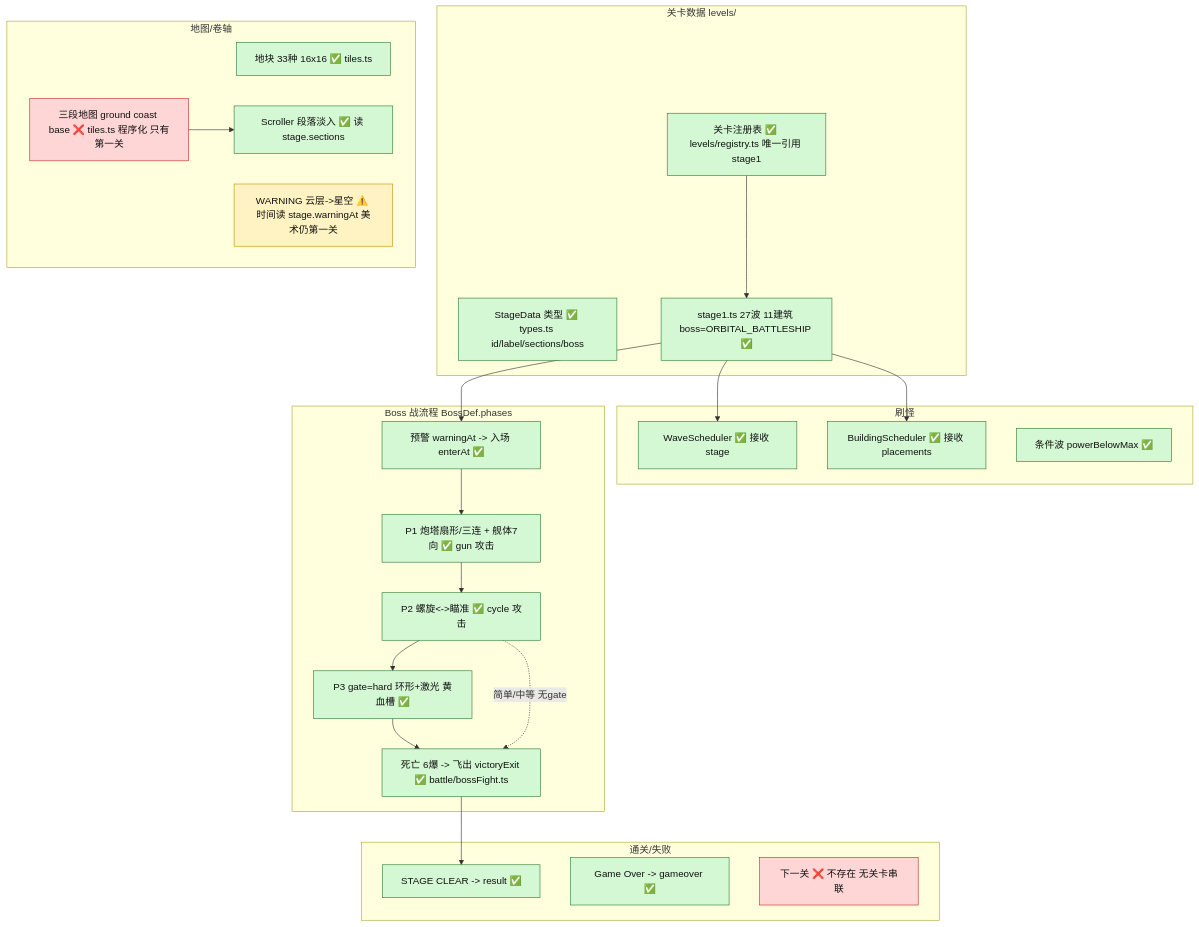
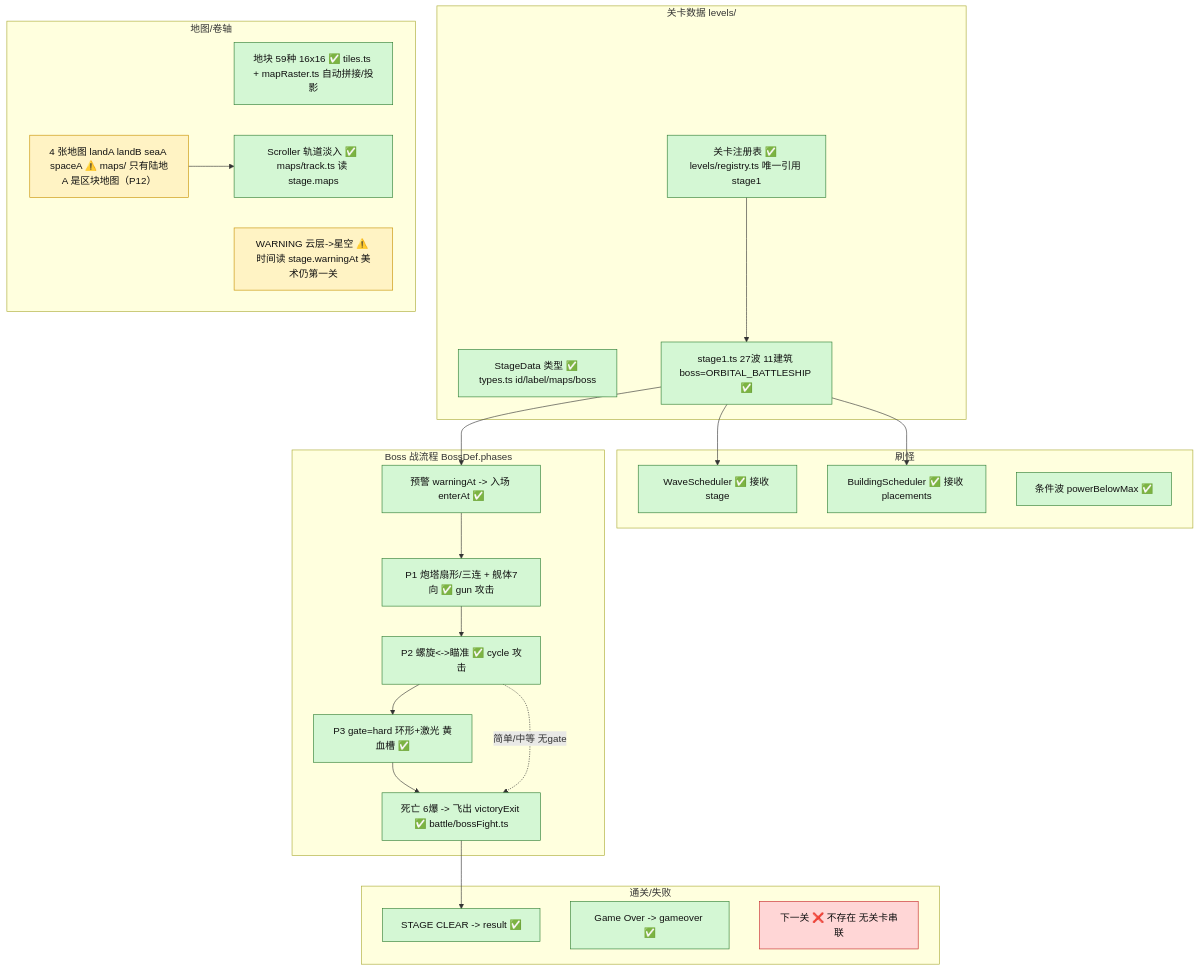
One commit to thedb/dianlei changed the fourth of 5 diagrams in docs/电雷_架构图_P11.md. Above: the diagram before and after it, drawn with Mermaid. The commit also changed other lines of this file and 44 other files, not shown here.

First line of the commit message:
P12: map registry, chunked 陆地A, and 地图预览 debug mode

````diff
--- a/docs/电雷_架构图_P11.md
+++ b/docs/电雷_架构图_P11.md
@@ -239,47 +239,47 @@
 ```mermaid
 flowchart TD
   classDef done fill:#d4f7d4,stroke:#2e7d32,color:#111
   classDef partial fill:#fff3c4,stroke:#c79100,color:#111
   classDef hard fill:#ffd6d6,stroke:#c62828,color:#111
 
   subgraph DATA["关卡数据 levels/"]
-    SD["StageData 类型 ✅ types.ts id/label/sections/boss"]:::done
+    SD["StageData 类型 ✅ types.ts id/label/maps/boss"]:::done
     S1["stage1.ts 27波 11建筑 boss=ORBITAL_BATTLESHIP ✅"]:::done
     REGS["关卡注册表 ✅ levels/registry.ts 唯一引用 stage1"]:::done
   end
 
   subgraph MAP["地图/卷轴"]
-    T1["地块 33种 16x16 ✅ tiles.ts"]:::done
-    T2["三段地图 ground coast base ❌ tiles.ts 程序化 只有第一关"]:::hard
-    T3["Scroller 段落淡入 ✅ 读 stage.sections"]:::done
+    T1["地块 59种 16x16 ✅ tiles.ts + mapRaster.ts 自动拼接/投影"]:::done
+    T2["4 张地图 landA landB seaA spaceA ⚠️ maps/ 只有陆地A 是区块地图（P12）"]:::partial
+    T3["Scroller 轨道淡入 ✅ maps/track.ts 读 stage.maps"]:::done
     T4["WARNING 云层->星空 ⚠️ 时间读 stage.warningAt 美术仍第一关"]:::partial
   end
 
   subgraph SPAWN["刷怪"]
     W1["WaveScheduler ✅ 接收 stage"]:::done
     W2["BuildingScheduler ✅ 接收 placements"]:::done
     W3["条件波 powerBelowMax ✅"]:::done
   end
 
   subgraph BF["Boss 战流程 BossDef.phases"]
     BF1["预警 warningAt -> 入场 enterAt ✅"]:::done
     BF2["P1 炮塔扇形/三连 + 舰体7向 ✅ gun 攻击"]:::done
     BF3["P2 螺旋<->瞄准 ✅ cycle 攻击"]:::done
     BF4["P3 gate=hard 环形+激光 黄血槽 ✅"]:::done
     BF5["死亡 6爆 -> 飞出 victoryExit ✅ battle/bossFight.ts"]:::done
   end
 
   subgraph END["通关/失败"]
     R1["STAGE CLEAR -> result ✅"]:::done
     R2["Game Over -> gameover ✅"]:::done
     R3["下一关 ❌ 不存在 无关卡串联"]:::hard
   end
 
   REGS --> S1
   S1 --> W1
   S1 --> W2
   S1 --> BF1
   T2 --> T3
   BF1 --> BF2 --> BF3 --> BF4 --> BF5 --> R1
   BF3 -.简单/中等 无gate.-> BF5
 ```
````
